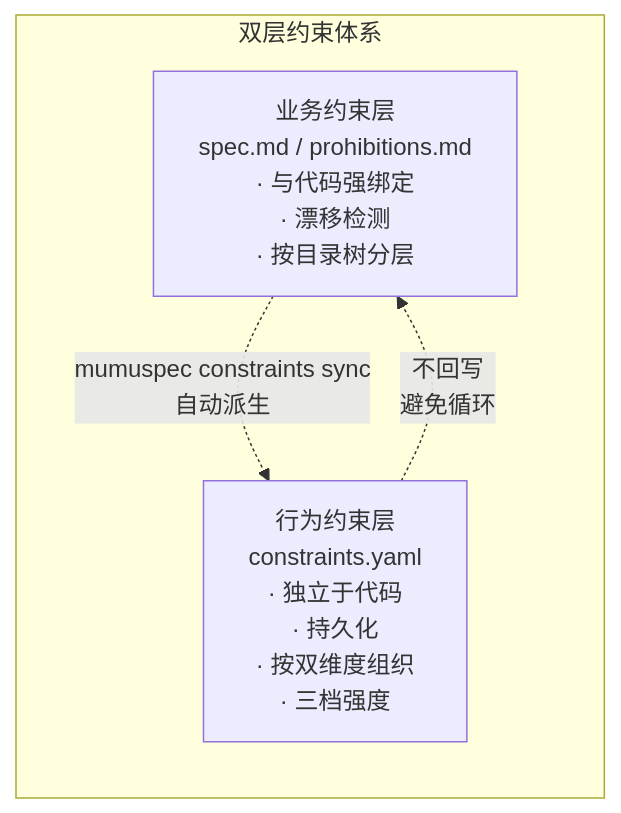
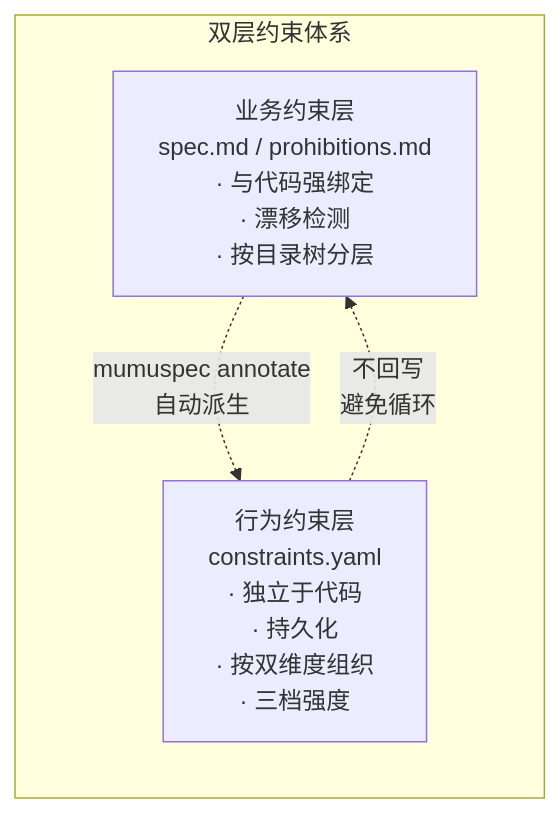
Before and after one commit to luckyMUMU/mumuspec: the first of 3 diagrams in docs/design/spec-layer.md, drawn with Mermaid. The commit also changed other lines of this file and 27 other files, not shown here.

````diff
--- a/docs/design/spec-layer.md
+++ b/docs/design/spec-layer.md
@@ -40,9 +40,9 @@
 ```mermaid
 graph LR
     subgraph Dual["双层约束体系"]
         B["业务约束层<br/>spec.md / prohibitions.md<br/>· 与代码强绑定<br/>· 漂移检测<br/>· 按目录树分层"]
         A["行为约束层<br/>constraints.yaml<br/>· 独立于代码<br/>· 持久化<br/>· 按双维度组织<br/>· 三档强度"]
     end
-    B -.->|"mumuspec constraints sync<br/>自动派生"| A
+    B -.->|"mumuspec annotate<br/>自动派生"| A
     A -.->|"不回写<br/>避免循环"| B
 ```
````
